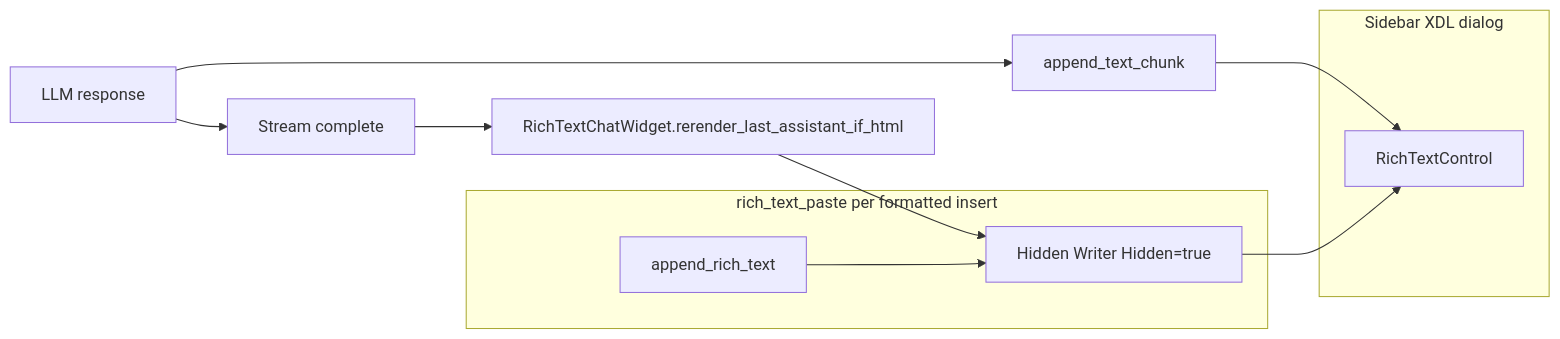
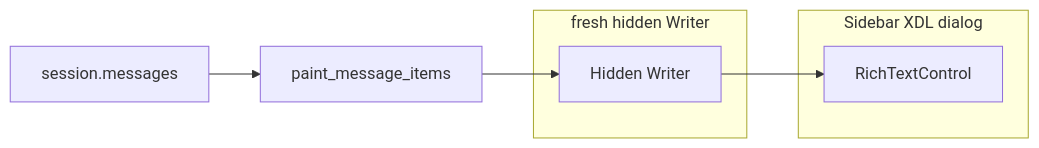
The second of 2 diagrams in docs/chat/rich-text-control-sidebar.md (KeithCu/writeragent), drawn with Mermaid before and after one commit. The commit also changed other lines of this file and 9 other files, not shown here.

First line of the commit message:
Paint the sidebar transcript from session.messages.

````diff
--- a/docs/chat/rich-text-control-sidebar.md
+++ b/docs/chat/rich-text-control-sidebar.md
@@ -120,17 +120,13 @@
 ```mermaid
 flowchart LR
     subgraph sidebar [Sidebar XDL dialog]
         RTC[RichTextControl]
     end
-    subgraph paste [rich_text_paste per formatted insert]
-        HW[Hidden Writer Hidden=true]
-        HTML[append_rich_text]
+    MSG[session.messages]
+    MSG --> paint[paint_message_items]
+    subgraph paste [fresh hidden Writer]
+        HW[Hidden Writer]
     end
-    LLM[LLM response] --> stream[append_text_chunk]
-    stream --> RTC
-    LLM --> done[Stream complete]
-    done --> rerender[RichTextChatWidget.rerender_last_assistant_if_html]
-    rerender --> HW
-    HTML --> HW
+    paint --> HW
     HW --> RTC
 ```
````
